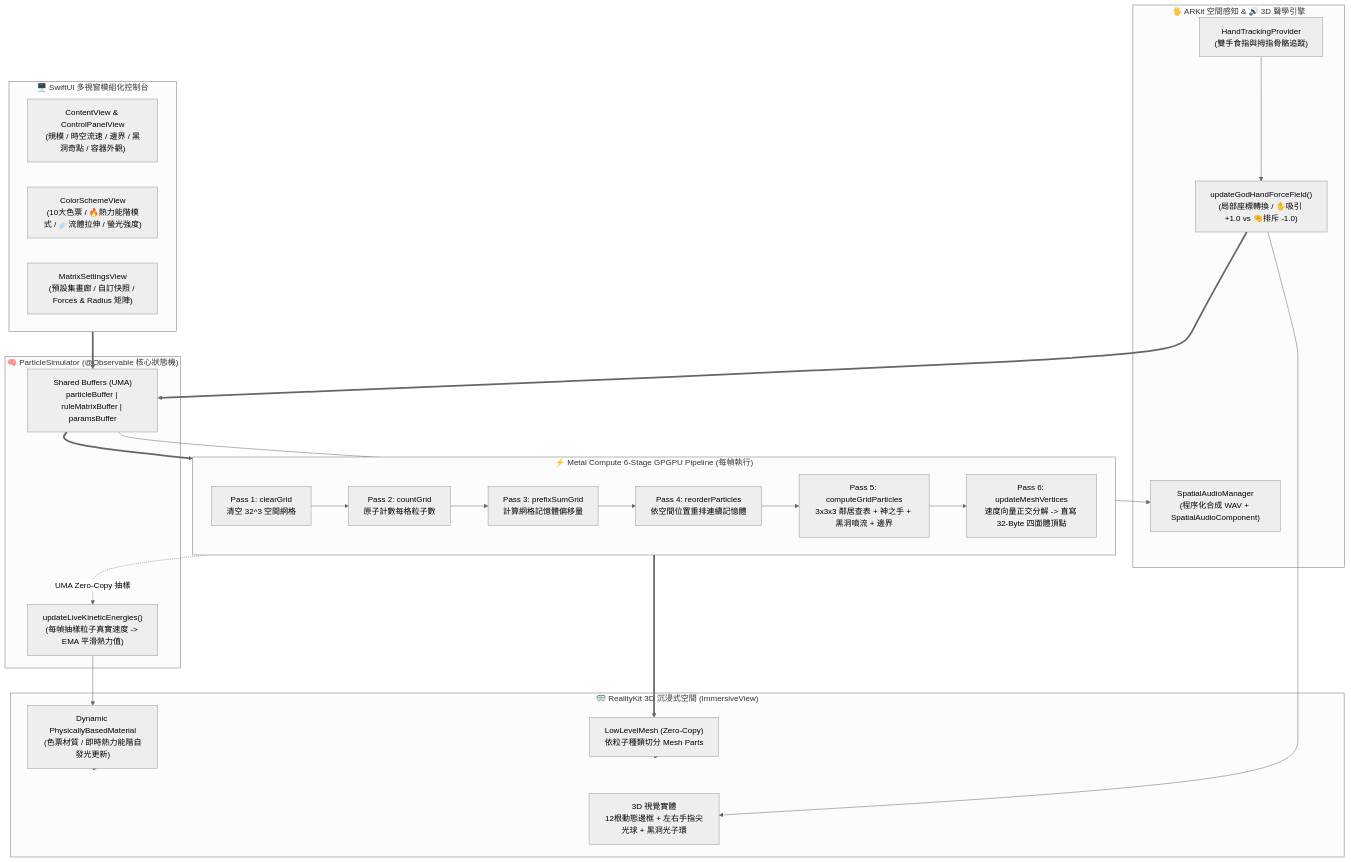
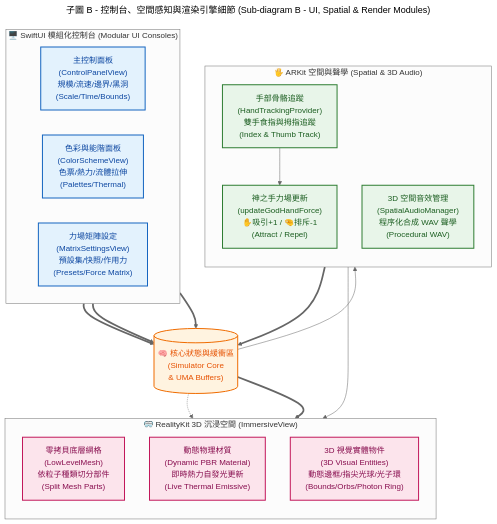
Before and after one commit to lennox0909/ParticleVision: the third of 3 diagrams in README.md, drawn with Mermaid (neutral theme). The commit also changed other lines of this file, not shown here.

````diff
--- a/README.md
+++ b/README.md
@@ -52,46 +140,43 @@
 ```mermaid
+---
+title: "子圖 B - 控制台、空間感知與渲染引擎細節 (Sub-diagram B - UI, Spatial & Render Modules)"
+---
 flowchart TB
-    subgraph SwiftUI_Windows ["🖥️ SwiftUI 多視窗模組化控制台"]
-        MainUI["ContentView & ControlPanelView<br/>(規模 / 時空流速 / 邊界 / 黑洞奇點 / 容器外觀)"]
-        ColorUI["ColorSchemeView<br/>(10大色票 / 🔥熱力能階模式 / ☄️流體拉伸 / 螢光強度)"]
-        MatrixUI["MatrixSettingsView<br/>(預設集畫廊 / 自訂快照 / Forces & Radius 矩陣)"]
+    classDef uiStyle fill:#E3F2FD,stroke:#1565C0,stroke-width:2px,color:#0D47A1
+    classDef arStyle fill:#E8F5E9,stroke:#2E7D32,stroke-width:2px,color:#1B5E20
+    classDef renderStyle fill:#FCE4EC,stroke:#C2185B,stroke-width:2px,color:#880E4F
+    classDef hubStyle fill:#FFF3E0,stroke:#EF6C00,stroke-width:2px,color:#E65100
+
+    subgraph SwiftUI_Windows ["🖥️ SwiftUI 模組化控制台 (Modular UI Consoles)"]
+        direction LR
+        MainUI["主控制面板<br/>(ControlPanelView)<br/>規模/流速/邊界/黑洞<br/>(Scale/Time/Bounds)"]:::uiStyle
+        ColorUI["色彩與能階面板<br/>(ColorSchemeView)<br/>色票/熱力/流體拉伸<br/>(Palettes/Thermal)"]:::uiStyle
+        MatrixUI["力場矩陣設定<br/>(MatrixSettingsView)<br/>預設集/快照/作用力<br/>(Presets/Force Matrix)"]:::uiStyle
     end
 
-    subgraph ARKit_Audio ["🖐️ ARKit 空間感知 & 🔊 3D 聲學引擎"]
-        HandTrack["HandTrackingProvider<br/>(雙手食指與拇指骨骼追蹤)"]
-        GodHand["updateGodHandForceField()<br/>(局部座標轉換 / ✋吸引 +1.0 vs 🤏排斥 -1.0)"]
-        SpatialAudio["SpatialAudioManager<br/>(程序化合成 WAV + SpatialAudioComponent)"]
+    SimHub[("🧠 核心狀態與緩衝區<br/>(Simulator Core<br/>& UMA Buffers)")]:::hubStyle
+
+    subgraph ARKit_Audio ["🖐️ ARKit 空間與聲學 (Spatial & 3D Audio)"]
+        direction TB
+        HandTrack["手部骨骼追蹤<br/>(HandTrackingProvider)<br/>雙手食指與拇指追蹤<br/>(Index & Thumb Track)"]:::arStyle
+        GodHand["神之手力場更新<br/>(updateGodHandForce)<br/>✋吸引+1 / 🤏排斥-1<br/>(Attract / Repel)"]:::arStyle
+        SpatialAudio["3D 空間音效管理<br/>(SpatialAudioManager)<br/>程序化合成 WAV 聲學<br/>(Procedural WAV)"]:::arStyle
+        
+        HandTrack --> GodHand
     end
 
-    subgraph Simulator_Core ["🧠 ParticleSimulator (@Observable 核心狀態機)"]
-        SimState["Shared Buffers (UMA)<br/>particleBuffer | ruleMatrixBuffer | paramsBuffer"]
-        KineticSampler["updateLiveKineticEnergies()<br/>(每幀抽樣粒子真實速度 -> EMA 平滑熱力值)"]
+    subgraph RealityKit_Render ["🥽 RealityKit 3D 沉浸空間 (ImmersiveView)"]
+        direction TB
+        LowMesh["零拷貝底層網格<br/>(LowLevelMesh)<br/>依粒子種類切分部件<br/>(Split Mesh Parts)"]:::renderStyle
+        PBRMat["動態物理材質<br/>(Dynamic PBR Material)<br/>即時熱力自發光更新<br/>(Live Thermal Emissive)"]:::renderStyle
+        VisualOrbs["3D 視覺實體物件<br/>(3D Visual Entities)<br/>動態邊框/指尖光球/光子環<br/>(Bounds/Orbs/Photon Ring)"]:::renderStyle
     end
 
-    subgraph Metal_GPGPU ["⚡ Metal Compute 6-Stage GPGPU Pipeline (每幀執行)"]
-        direction LR
-        P1["Pass 1: clearGrid<br/>清空 32^3 空間網格"] --> P2["Pass 2: countGrid<br/>原子計數每格粒子數"]
-        P2 --> P3["Pass 3: prefixSumGrid<br/>計算網格記憶體偏移量"]
-        P3 --> P4["Pass 4: reorderParticles<br/>依空間位置重排連續記憶體"]
-        P4 --> P5["Pass 5: computeGridParticles<br/>3x3x3 鄰居查表 + 神之手 + 黑洞噴流 + 邊界"]
-        P5 --> P6["Pass 6: updateMeshVertices<br/>速度向量正交分解 -> 直寫 32-Byte 四面體頂點"]
-    end
-
-    subgraph RealityKit_Render ["🥽 RealityKit 3D 沉浸式空間 (ImmersiveView)"]
-        LowMesh["LowLevelMesh (Zero-Copy)<br/>依粒子種類切分 Mesh Parts"]
-        PBRMat["Dynamic PhysicallyBasedMaterial<br/>(色票材質 / 即時熱力能階自發光更新)"]
-        VisualOrbs["3D 視覺實體<br/>12根動態邊框 + 左右手指尖光球 + 黑洞光子環"]
-    end
-
-    SwiftUI_Windows ==> SimState
-    HandTrack --> GodHand
-    GodHand ==> SimState
+    %% 跨模組關聯
+    MainUI & ColorUI & MatrixUI ==> SimHub
+    GodHand ==> SimHub
+    SimHub --> SpatialAudio
     GodHand --> VisualOrbs
-    SimState --> SpatialAudio
-    SimState ==> Metal_GPGPU
-    P5 -. "UMA Zero-Copy 抽樣" .-> KineticSampler
-    KineticSampler --> PBRMat
-    P6 ==> LowMesh
-    LowMesh --> RealityKit_Render
-    PBRMat --> RealityKit_Render
+    SimHub -.-> PBRMat
+    SimHub ==> LowMesh
 ```
````
